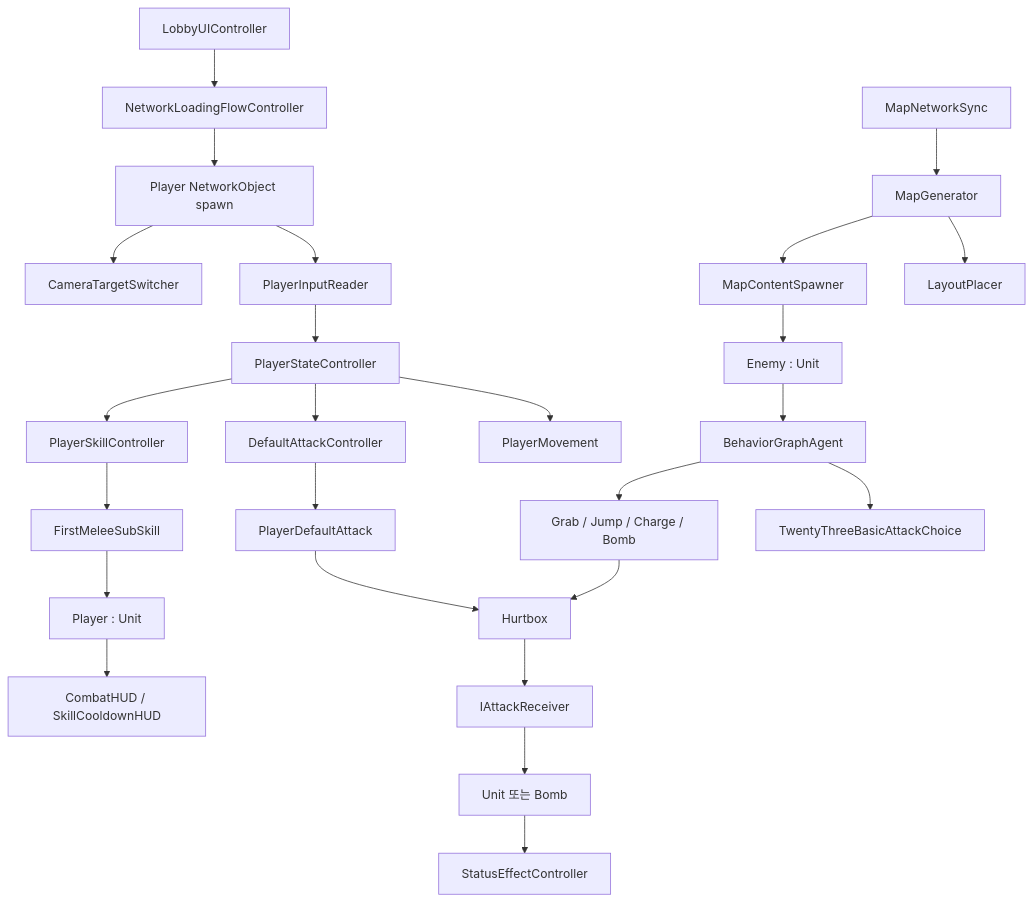
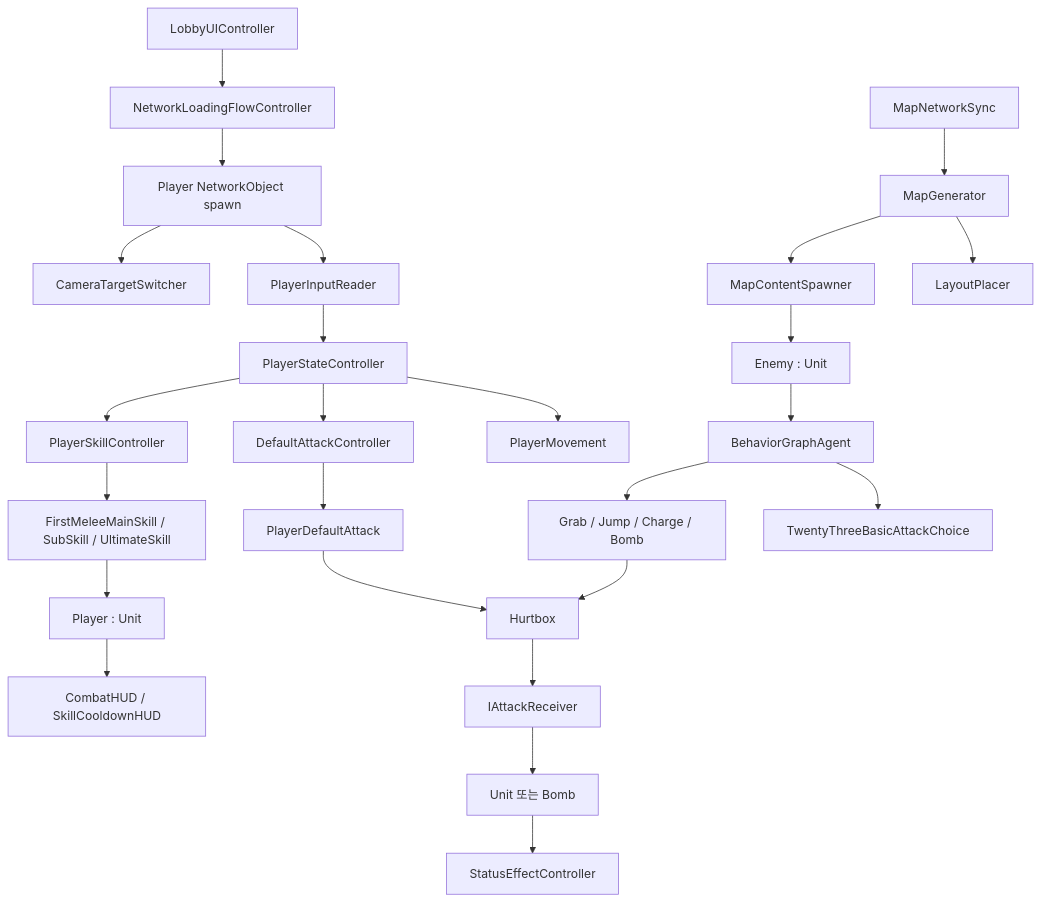
Before and after one commit to Fujino-Tatsuya/MainProject: diagram 33 of 33 in Docs/tech/game-structure-uml.md, drawn with Mermaid. The commit also changed other lines of this file and 20 other files, not shown here.

````diff
--- a/Docs/tech/game-structure-uml.md
+++ b/Docs/tech/game-structure-uml.md
@@ -1266,31 +1282,31 @@
 ```mermaid
 flowchart TB
     Input["PlayerInputReader"] --> FSM["PlayerStateController"]
     FSM --> Movement["PlayerMovement"]
     FSM --> Attack["DefaultAttackController"]
     FSM --> Skill["PlayerSkillController"]
     Attack --> AttackExec["PlayerDefaultAttack"]
-    Skill --> SkillExec["FirstMeleeSubSkill"]
+    Skill --> SkillExec["FirstMeleeMainSkill / SubSkill / UltimateSkill"]
     AttackExec --> Hurtbox
     SkillExec --> Unit["Player : Unit"]
     Hurtbox --> Receiver["IAttackReceiver"]
     Receiver --> UnitTarget["Unit 또는 Bomb"]
     UnitTarget --> Status["StatusEffectController"]
 
     Enemy["Enemy : Unit"] --> Graph["BehaviorGraphAgent"]
     Graph --> Choice["TwentyThreeBasicAttackChoice"]
     Graph --> BossControl["Grab / Jump / Charge / Bomb"]
     BossControl --> Hurtbox
 
     Lobby["LobbyUIController"] --> Loading["NetworkLoadingFlowController"]
     Loading --> Spawn["Player NetworkObject spawn"]
     Spawn --> Input
 
     MapSync["MapNetworkSync"] --> MapGen["MapGenerator"]
     MapGen --> Layout["LayoutPlacer"]
     MapGen --> Content["MapContentSpawner"]
     Content --> Enemy
 
     Unit --> HUD["CombatHUD / SkillCooldownHUD"]
     Spawn --> Camera["CameraTargetSwitcher"]
 ```
````
